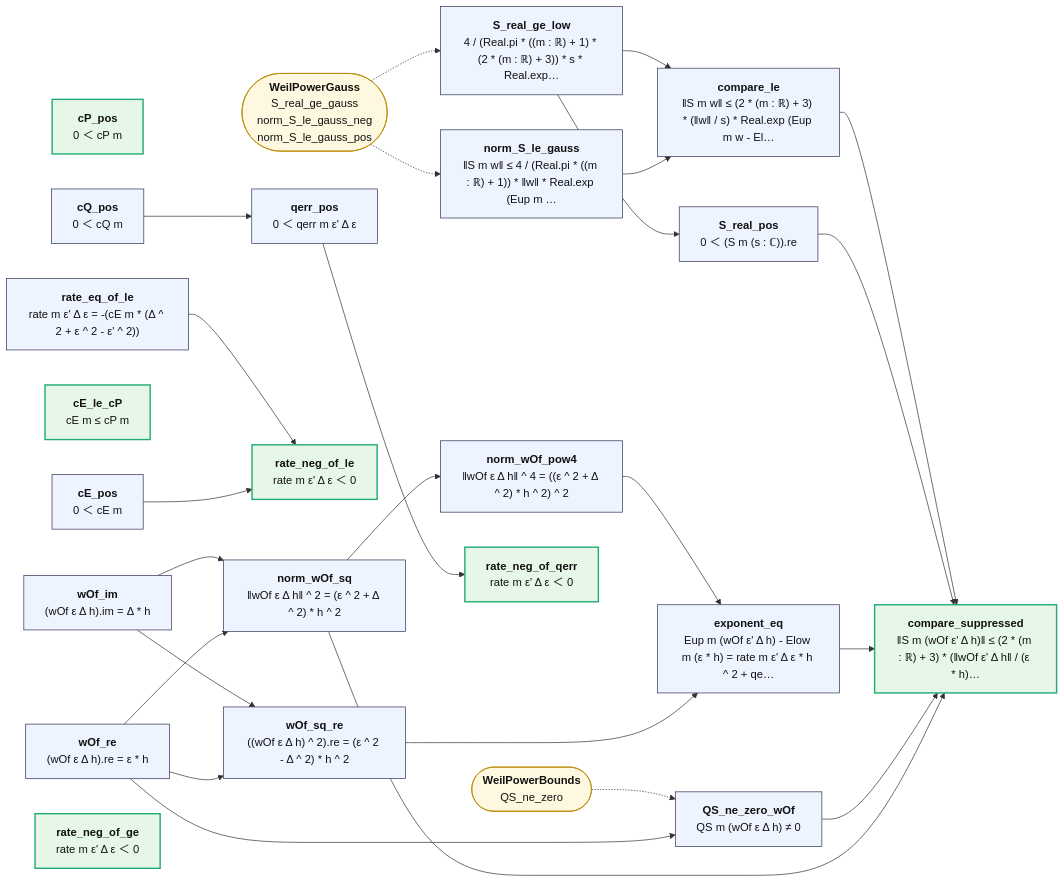
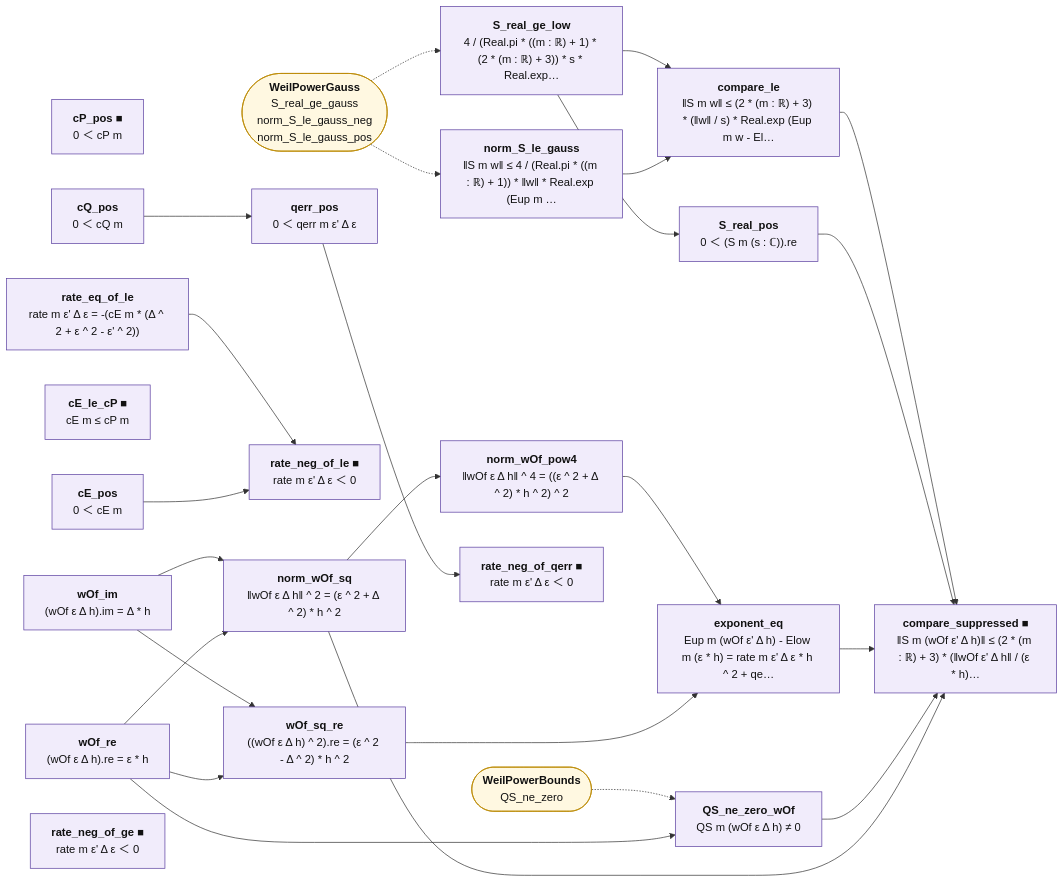
The diagram in map/lean_stage3/WeilPowerCompare.md (juliansambranojr/Primebeat_081426), drawn with Mermaid before and after one commit. The commit also changed other lines of this file and 398 other files, not shown here.

````diff
--- a/map/lean_stage3/WeilPowerCompare.md
+++ b/map/lean_stage3/WeilPowerCompare.md
@@ -12,54 +12,57 @@
 ```mermaid
 flowchart LR
-  n0["<b>cP_pos</b><br/>0 ＜ cP m"]:::end_
-  n1["<b>cE_pos</b><br/>0 ＜ cE m"]:::thm
-  n2["<b>cQ_pos</b><br/>0 ＜ cQ m"]:::thm
-  n3["<b>cE_le_cP</b><br/>cE m ≤ cP m"]:::end_
-  n4["<b>norm_S_le_gauss</b><br/>‖S m w‖ ≤ 4 / (Real.pi * ((m : ℝ) + 1)) * ‖w‖ * Real.exp (Eup m …"]:::thm
-  n5["<b>S_real_ge_low</b><br/>4 / (Real.pi * ((m : ℝ) + 1) * (2 * (m : ℝ) + 3)) * s * Real.exp…"]:::thm
-  n6["<b>S_real_pos</b><br/>0 ＜ (S m (s : ℂ)).re"]:::thm
-  n7["<b>compare_le</b><br/>‖S m w‖ ≤ (2 * (m : ℝ) + 3) * (‖w‖ / s) * Real.exp (Eup m w - El…"]:::thm
-  n8["<b>wOf_re</b><br/>(wOf ε Δ h).re = ε * h"]:::thm
-  n9["<b>wOf_im</b><br/>(wOf ε Δ h).im = Δ * h"]:::thm
-  n10["<b>wOf_sq_re</b><br/>((wOf ε Δ h) ^ 2).re = (ε ^ 2 - Δ ^ 2) * h ^ 2"]:::thm
-  n11["<b>norm_wOf_sq</b><br/>‖wOf ε Δ h‖ ^ 2 = (ε ^ 2 + Δ ^ 2) * h ^ 2"]:::thm
-  n12["<b>norm_wOf_pow4</b><br/>‖wOf ε Δ h‖ ^ 4 = ((ε ^ 2 + Δ ^ 2) * h ^ 2) ^ 2"]:::thm
-  n13["<b>QS_ne_zero_wOf</b><br/>QS m (wOf ε Δ h) ≠ 0"]:::thm
-  n14["<b>exponent_eq</b><br/>Eup m (wOf ε' Δ h) - Elow m (ε * h) = rate m ε' Δ ε * h ^ 2 + qe…"]:::thm
-  n15["<b>rate_eq_of_le</b><br/>rate m ε' Δ ε = -(cE m * (Δ ^ 2 + ε ^ 2 - ε' ^ 2))"]:::thm
-  n16["<b>rate_neg_of_le</b><br/>rate m ε' Δ ε ＜ 0"]:::end_
-  n17["<b>rate_neg_of_ge</b><br/>rate m ε' Δ ε ＜ 0"]:::end_
-  n18["<b>qerr_pos</b><br/>0 ＜ qerr m ε' Δ ε"]:::thm
-  n19["<b>rate_neg_of_qerr</b><br/>rate m ε' Δ ε ＜ 0"]:::end_
-  n20["<b>compare_suppressed</b><br/>‖S m (wOf ε' Δ h)‖ ≤ (2 * (m : ℝ) + 3) * (‖wOf ε' Δ h‖ / (ε * h)…"]:::end_
+  n0["<b>cP_pos ■</b><br/>0 ＜ cP m"]:::shp
+  n1["<b>cE_pos</b><br/>0 ＜ cE m"]:::shp
+  n2["<b>cQ_pos</b><br/>0 ＜ cQ m"]:::shp
+  n3["<b>cE_le_cP ■</b><br/>cE m ≤ cP m"]:::shp
+  n4["<b>norm_S_le_gauss</b><br/>‖S m w‖ ≤ 4 / (Real.pi * ((m : ℝ) + 1)) * ‖w‖ * Real.exp (Eup m …"]:::shp
+  n5["<b>S_real_ge_low</b><br/>4 / (Real.pi * ((m : ℝ) + 1) * (2 * (m : ℝ) + 3)) * s * Real.exp…"]:::shp
+  n6["<b>S_real_pos</b><br/>0 ＜ (S m (s : ℂ)).re"]:::shp
+  n7["<b>compare_le</b><br/>‖S m w‖ ≤ (2 * (m : ℝ) + 3) * (‖w‖ / s) * Real.exp (Eup m w - El…"]:::shp
+  n8["<b>wOf_re</b><br/>(wOf ε Δ h).re = ε * h"]:::shp
+  n9["<b>wOf_im</b><br/>(wOf ε Δ h).im = Δ * h"]:::shp
+  n10["<b>wOf_sq_re</b><br/>((wOf ε Δ h) ^ 2).re = (ε ^ 2 - Δ ^ 2) * h ^ 2"]:::shp
+  n11["<b>norm_wOf_sq</b><br/>‖wOf ε Δ h‖ ^ 2 = (ε ^ 2 + Δ ^ 2) * h ^ 2"]:::shp
+  n12["<b>norm_wOf_pow4</b><br/>‖wOf ε Δ h‖ ^ 4 = ((ε ^ 2 + Δ ^ 2) * h ^ 2) ^ 2"]:::shp
+  n13["<b>QS_ne_zero_wOf</b><br/>QS m (wOf ε Δ h) ≠ 0"]:::shp
+  n14["<b>exponent_eq</b><br/>Eup m (wOf ε' Δ h) - Elow m (ε * h) = rate m ε' Δ ε * h ^ 2 + qe…"]:::shp
+  n15["<b>rate_eq_of_le</b><br/>rate m ε' Δ ε = -(cE m * (Δ ^ 2 + ε ^ 2 - ε' ^ 2))"]:::shp
+  n16["<b>rate_neg_of_le ■</b><br/>rate m ε' Δ ε ＜ 0"]:::shp
+  n17["<b>rate_neg_of_ge ■</b><br/>rate m ε' Δ ε ＜ 0"]:::shp
+  n18["<b>qerr_pos</b><br/>0 ＜ qerr m ε' Δ ε"]:::shp
+  n19["<b>rate_neg_of_qerr ■</b><br/>rate m ε' Δ ε ＜ 0"]:::shp
+  n20["<b>compare_suppressed ■</b><br/>‖S m (wOf ε' Δ h)‖ ≤ (2 * (m : ℝ) + 3) * (‖wOf ε' Δ h‖ / (ε * h)…"]:::shp
   x0(["<b>WeilPowerGauss</b><br/>S_real_ge_gauss<br/>norm_S_le_gauss_neg<br/>norm_S_le_gauss_pos"]):::ext
   x1(["<b>WeilPowerBounds</b><br/>QS_ne_zero"]):::ext
   n1 --> n16
   n10 --> n14
   n11 --> n12
   n11 --> n20
   n12 --> n14
   n13 --> n20
   n14 --> n20
   n15 --> n16
   n18 --> n19
   n2 --> n18
   n4 --> n7
   n5 --> n6
   n5 --> n7
   n6 --> n20
   n7 --> n20
   n8 --> n10
   n8 --> n11
   n8 --> n13
   n9 --> n10
   n9 --> n11
   x0 -.-> n4
   x0 -.-> n5
   x1 -.-> n13
+  classDef cnt fill:#dff5ec,stroke:#17694a,color:#111
+  classDef shp fill:#f1ecfb,stroke:#5b3fa0,color:#111
+  classDef rh fill:#ffe5e5,stroke:#c22,color:#111,stroke-width:2px
   classDef thm fill:#eef4ff,stroke:#335,color:#111
   classDef end_ fill:#e7f7e7,stroke:#2a7,color:#111,stroke-width:2px
   classDef lone fill:#fff,stroke:#999,color:#111,stroke-dasharray:4 3
   classDef bad fill:#ffe5e5,stroke:#c22,color:#111,stroke-width:2px
   classDef ext fill:#fff8e1,stroke:#b80,color:#111
 ```
````
